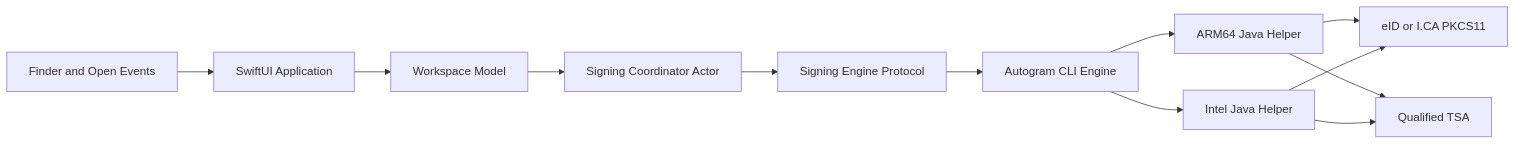
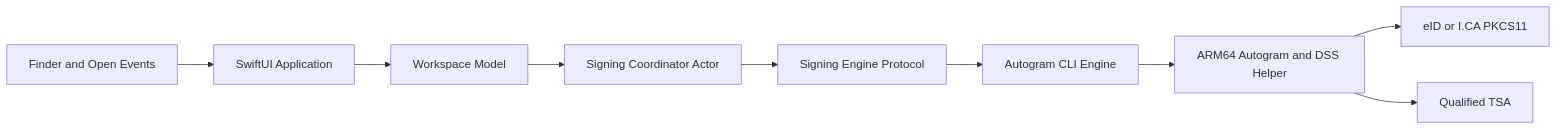
Before and after one commit to originalmagneto/autogram-macOS: the diagram in docs/superpowers/specs/2026-08-06-native-macos-pdf-signing-design.md, drawn with Mermaid. The commit also changed other lines of this file and 3 other files, not shown here.

Commit message:
docs: make native macOS architecture arm64 only

````diff
--- a/docs/superpowers/specs/2026-08-06-native-macos-pdf-signing-design.md
+++ b/docs/superpowers/specs/2026-08-06-native-macos-pdf-signing-design.md
@@ -95,25 +99,21 @@
 ```mermaid
 flowchart LR
     Finder[Finder and Open Events]
     App[SwiftUI Application]
     Workspace[Workspace Model]
     Coordinator[Signing Coordinator Actor]
     Engine[Signing Engine Protocol]
     CLI[Autogram CLI Engine]
-    ARM[ARM64 Java Helper]
-    Intel[Intel Java Helper]
+    ARM[ARM64 Autogram and DSS Helper]
     Token[eID or I.CA PKCS11]
     TSA[Qualified TSA]
 
     Finder --> App
     App --> Workspace
     Workspace --> Coordinator
     Coordinator --> Engine
     Engine --> CLI
     CLI --> ARM
-    CLI --> Intel
     ARM --> Token
-    Intel --> Token
     ARM --> TSA
-    Intel --> TSA
 ```
````
